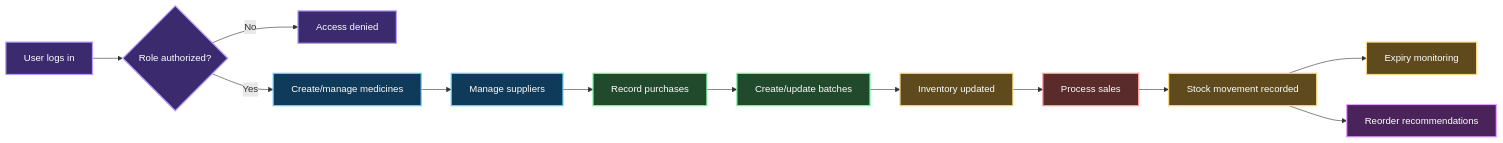
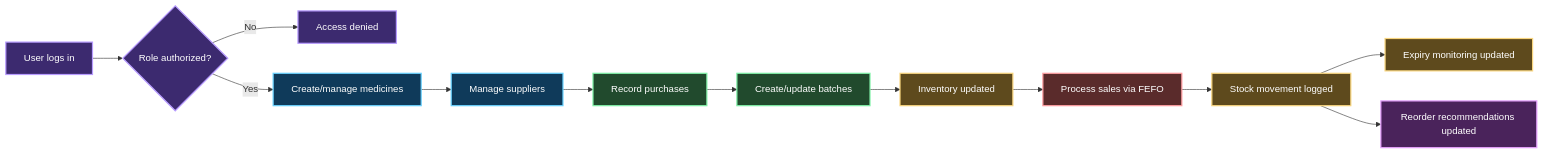
One commit to akshit-max/pharmacy-inventory-system changed the second of 2 diagrams in README.md. Above: the diagram before and after it, drawn with Mermaid. The commit also changed other lines of this file and 10 other files, not shown here.

````diff
--- a/README.md
+++ b/README.md
@@ -88,28 +176,28 @@
 ```mermaid
 flowchart LR
     classDef auth fill:#3c2a6f,stroke:#b89cff,stroke-width:2px,color:#fff;
     classDef master fill:#0f3a5a,stroke:#69d2ff,stroke-width:2px,color:#fff;
     classDef procurement fill:#214a2d,stroke:#80f2a8,stroke-width:2px,color:#fff;
     classDef sales fill:#5a2b2b,stroke:#ff9ea1,stroke-width:2px,color:#fff;
     classDef tracking fill:#5e4a1d,stroke:#f8d57e,stroke-width:2px,color:#fff;
     classDef insights fill:#4a235b,stroke:#e8a3ff,stroke-width:2px,color:#fff;
 
     A[User logs in] --> B{Role authorized?}
     B -->|No| C[Access denied]
     B -->|Yes| D[Create/manage medicines]
     D --> E[Manage suppliers]
     E --> F[Record purchases]
     F --> G[Create/update batches]
     G --> H[Inventory updated]
-    H --> I[Process sales]
-    I --> J[Stock movement recorded]
-    J --> K[Expiry monitoring]
-    J --> L[Reorder recommendations]
+    H --> I[Process sales via FEFO]
+    I --> J[Stock movement logged]
+    J --> K[Expiry monitoring updated]
+    J --> L[Reorder recommendations updated]
 
     class A,B,C auth;
     class D,E master;
     class F,G procurement;
     class I sales;
     class H,J,K tracking;
     class L insights;
 ```
````
